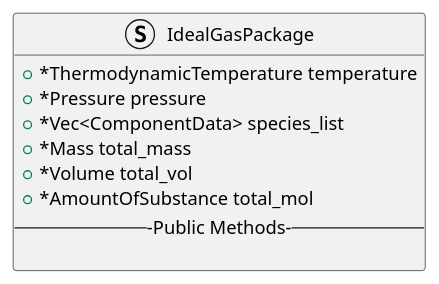
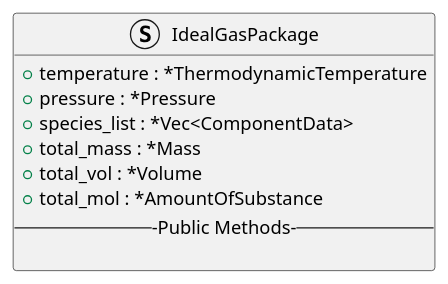
One commit to OSCPS-Project/OSCPS-UML changed the diagram in thermo-module/thermo-packages/ideal-gas-package.puml. Above: the diagram before and after it, drawn with PlantUML. The commit also changed 3 other files, not shown here.

Commit message:
updating the thermo-module class diagrams

```diff
--- a/thermo-module/thermo-packages/ideal-gas-package.puml
+++ b/thermo-module/thermo-packages/ideal-gas-package.puml
@@ -1,16 +1,16 @@
 @startuml ideal_gas_package_class_design
 
 
 Struct IdealGasPackage {
-  + *ThermodynamicTemperature temperature
-  + *Pressure pressure
-  + *Vec<ComponentData> species_list
-  + *Mass total_mass
-  + *Volume total_vol
-  + *AmountOfSubstance total_mol
+  + temperature : *ThermodynamicTemperature
+  + pressure : *Pressure
+  + species_list : *Vec<ComponentData>
+  + total_mass : *Mass
+  + total_vol : *Volume
+  + total_mol : *AmountOfSubstance 
   ---Public Methods---
   
 }
 
 
 @enduml
```
